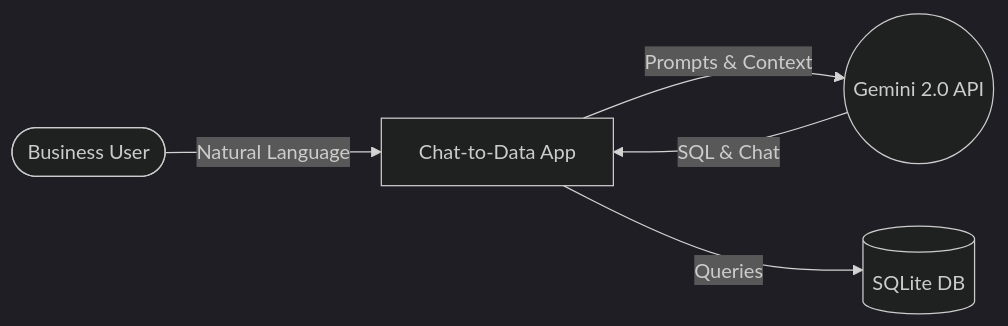
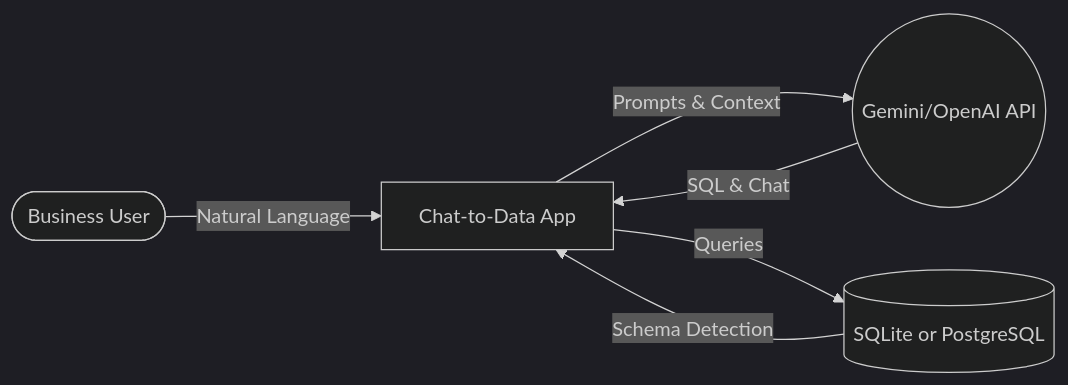
Before and after one commit to wojkos/test-dynamic-sql: the first of 4 diagrams in ARCHITECTURE.md, drawn with Mermaid (dark theme). The commit also changed other lines of this file and 2 other files, not shown here.

````diff
--- a/ARCHITECTURE.md
+++ b/ARCHITECTURE.md
@@ -22,7 +22,8 @@
 ```mermaid
 graph LR
     User([Business User]) -- "Natural Language" --> App[Chat-to-Data App]
-    App -- "Prompts & Context" --> Gemini((Gemini 2.0 API))
-    Gemini -- "SQL & Chat" --> App
-    App -- "Queries" --> SQLite[(SQLite DB)]
+    App -- "Prompts & Context" --> LLM((Gemini/OpenAI API))
+    LLM -- "SQL & Chat" --> App
+    App -- "Queries" --> DB[(SQLite or PostgreSQL)]
+    DB -- "Schema Detection" --> App
 ```
````
